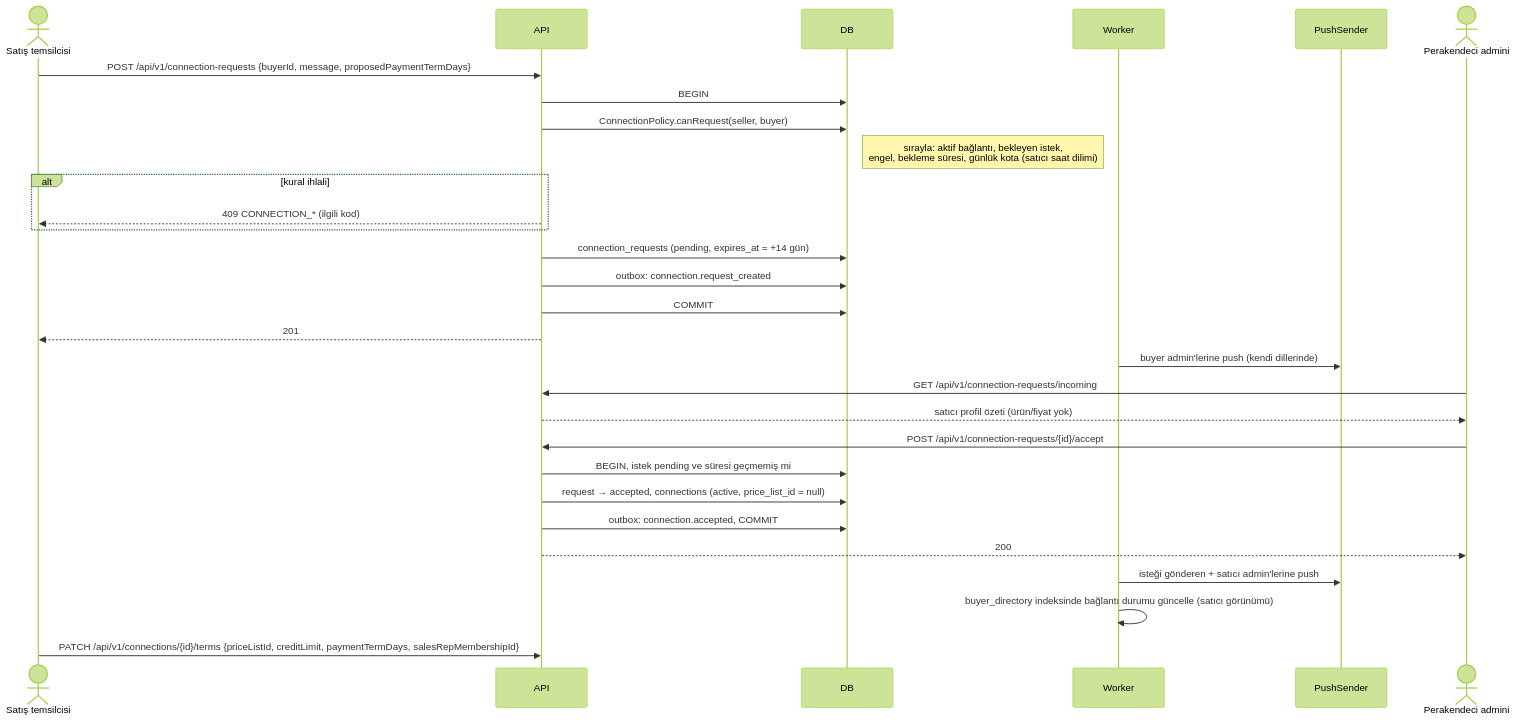
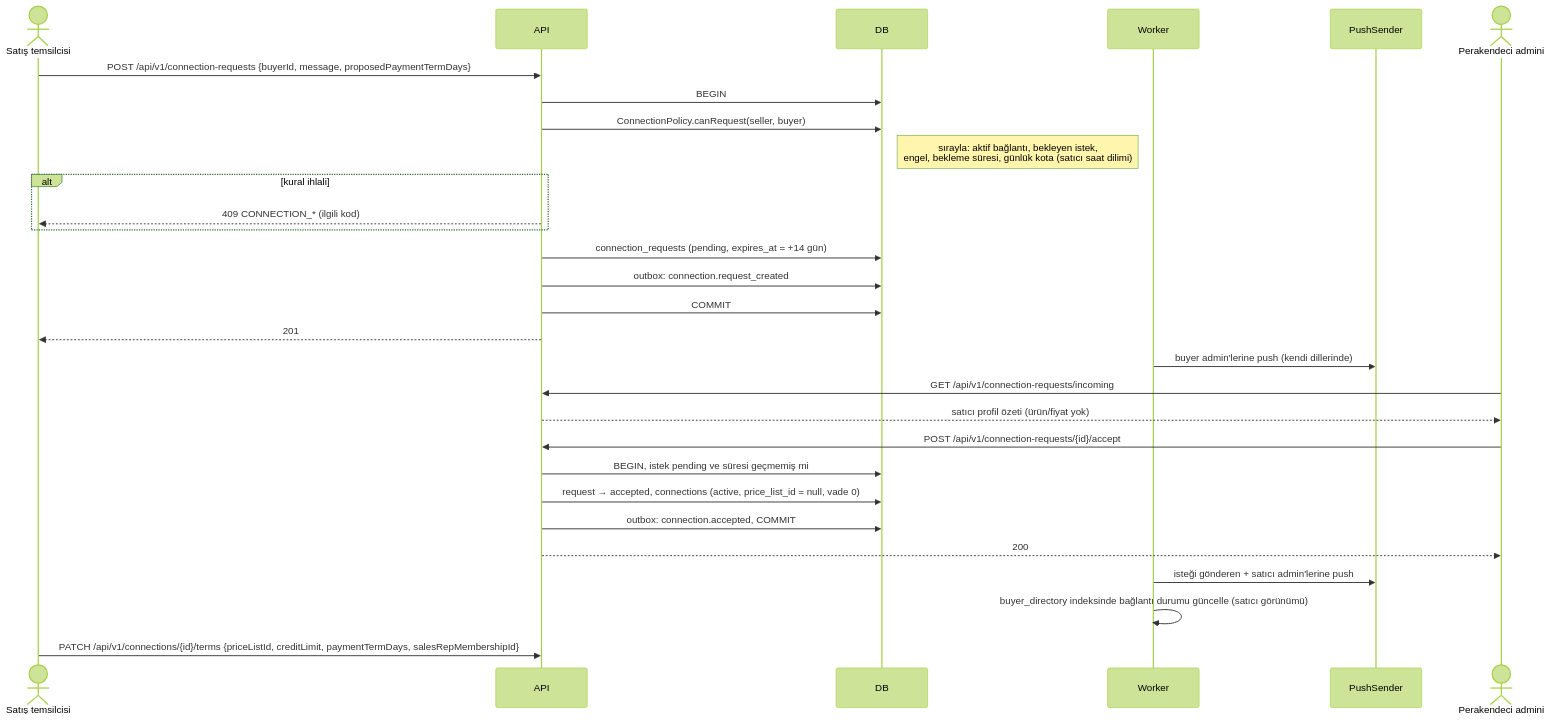
One commit to MIRALIKAZIMLI/b2b-platform changed the third of 9 diagrams in docs/03-architecture/sequence-flows.md. Above: the diagram before and after it, drawn with Mermaid (forest theme). The commit also changed other lines of this file and 26 other files, not shown here.

````diff
--- a/docs/03-architecture/sequence-flows.md
+++ b/docs/03-architecture/sequence-flows.md
@@ -97,32 +97,32 @@
 ```mermaid
 sequenceDiagram
     actor S as Satış temsilcisi
     participant API
     participant DB
     participant W as Worker
     participant P as PushSender
     actor B as Perakendeci admini
 
     S->>API: POST /api/v1/connection-requests {buyerId, message, proposedPaymentTermDays}
     API->>DB: BEGIN
     API->>DB: ConnectionPolicy.canRequest(seller, buyer)
     Note right of DB: sırayla: aktif bağlantı, bekleyen istek,<br/>engel, bekleme süresi, günlük kota (satıcı saat dilimi)
     alt kural ihlali
         API-->>S: 409 CONNECTION_* (ilgili kod)
     end
     API->>DB: connection_requests (pending, expires_at = +14 gün)
     API->>DB: outbox: connection.request_created
     API->>DB: COMMIT
     API-->>S: 201
     W->>P: buyer admin'lerine push (kendi dillerinde)
     B->>API: GET /api/v1/connection-requests/incoming
     API-->>B: satıcı profil özeti (ürün/fiyat yok)
     B->>API: POST /api/v1/connection-requests/{id}/accept
     API->>DB: BEGIN, istek pending ve süresi geçmemiş mi
-    API->>DB: request → accepted, connections (active, price_list_id = null)
+    API->>DB: request → accepted, connections (active, price_list_id = null, vade 0)
     API->>DB: outbox: connection.accepted, COMMIT
     API-->>B: 200
     W->>P: isteği gönderen + satıcı admin'lerine push
     W->>W: buyer_directory indeksinde bağlantı durumu güncelle (satıcı görünümü)
     S->>API: PATCH /api/v1/connections/{id}/terms {priceListId, creditLimit, paymentTermDays, salesRepMembershipId}
 ```
````
